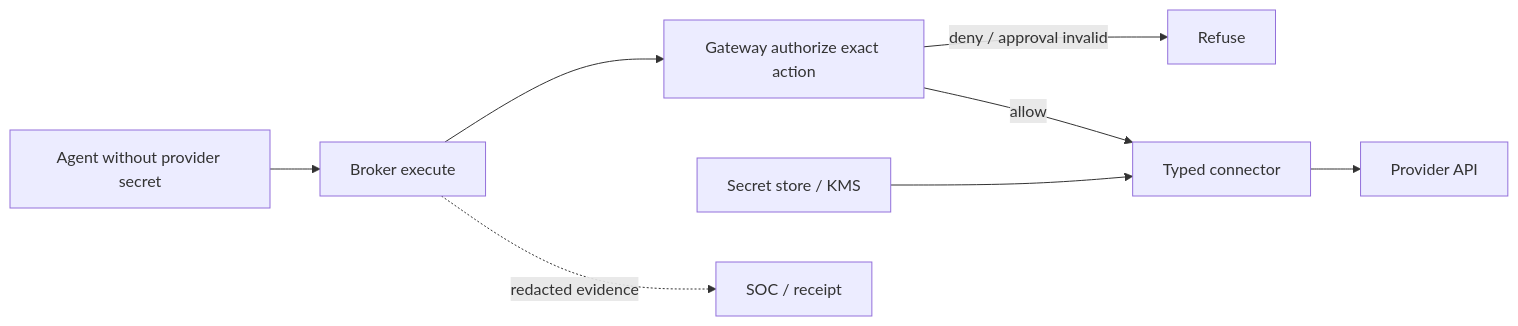
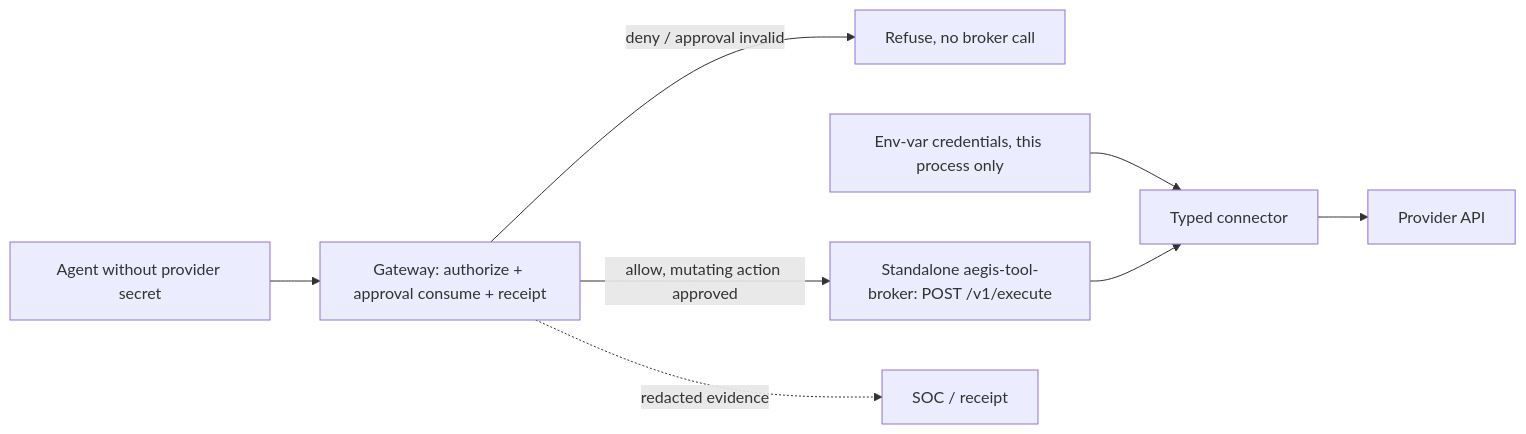
The diagram in docs/components/Tool_Broker.md (lavkushry/AegisAgent), drawn with Mermaid before and after one commit. The commit also changed other lines of this file and 28 other files, not shown here.

````diff
--- a/docs/components/Tool_Broker.md
+++ b/docs/components/Tool_Broker.md
@@ -19,10 +19,10 @@
 ```mermaid
 flowchart LR
-    AGENT[Agent without provider secret] --> BROKER[Broker execute]
-    BROKER --> AUTH[Gateway authorize exact action]
-    AUTH -->|deny / approval invalid| STOP[Refuse]
-    AUTH -->|allow| CONN[Typed connector]
-    SECRET[Secret store / KMS] --> CONN
+    AGENT[Agent without provider secret] --> GATEWAY[Gateway: authorize + approval consume + receipt]
+    GATEWAY -->|deny / approval invalid| STOP[Refuse, no broker call]
+    GATEWAY -->|allow, mutating action approved| BROKER[Standalone aegis-tool-broker: POST /v1/execute]
+    SECRET[Env-var credentials, this process only] --> CONN[Typed connector]
+    BROKER --> CONN
     CONN --> API[Provider API]
-    BROKER -. redacted evidence .-> SOC[SOC / receipt]
+    GATEWAY -. redacted evidence .-> SOC[SOC / receipt]
 ```
````
